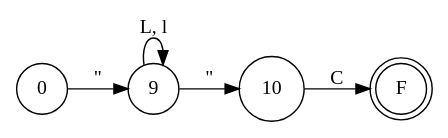
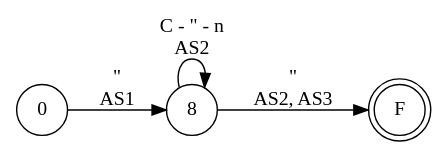
One commit to iroumec/RouVel-Compiler changed the diagram in resources/FA/FADiagrams/strings.dot. Above: the diagram before and after it, drawn with Graphviz. The commit also changed 32 other files, not shown here.

```diff
--- a/resources/FA/FADiagrams/strings.dot
+++ b/resources/FA/FADiagrams/strings.dot
@@ -1,10 +1,9 @@
 digraph DFA {
     rankdir = LR;
     node [shape = circle;];
     F [shape = doublecircle;];
     
-    0 -> 9 [label = "\"";];
-    9 -> 9 [label = "L, l";];
-    9 -> 10 [label = "\"";];
-    10 -> F [label = "C";];
+    0 -> 8 [label = "\" \n AS1";];
+    8 -> 8 [label = "C - \" - n \n AS2";];
+    8 -> F [label = "\" \n AS2, AS3";];
 }
```
